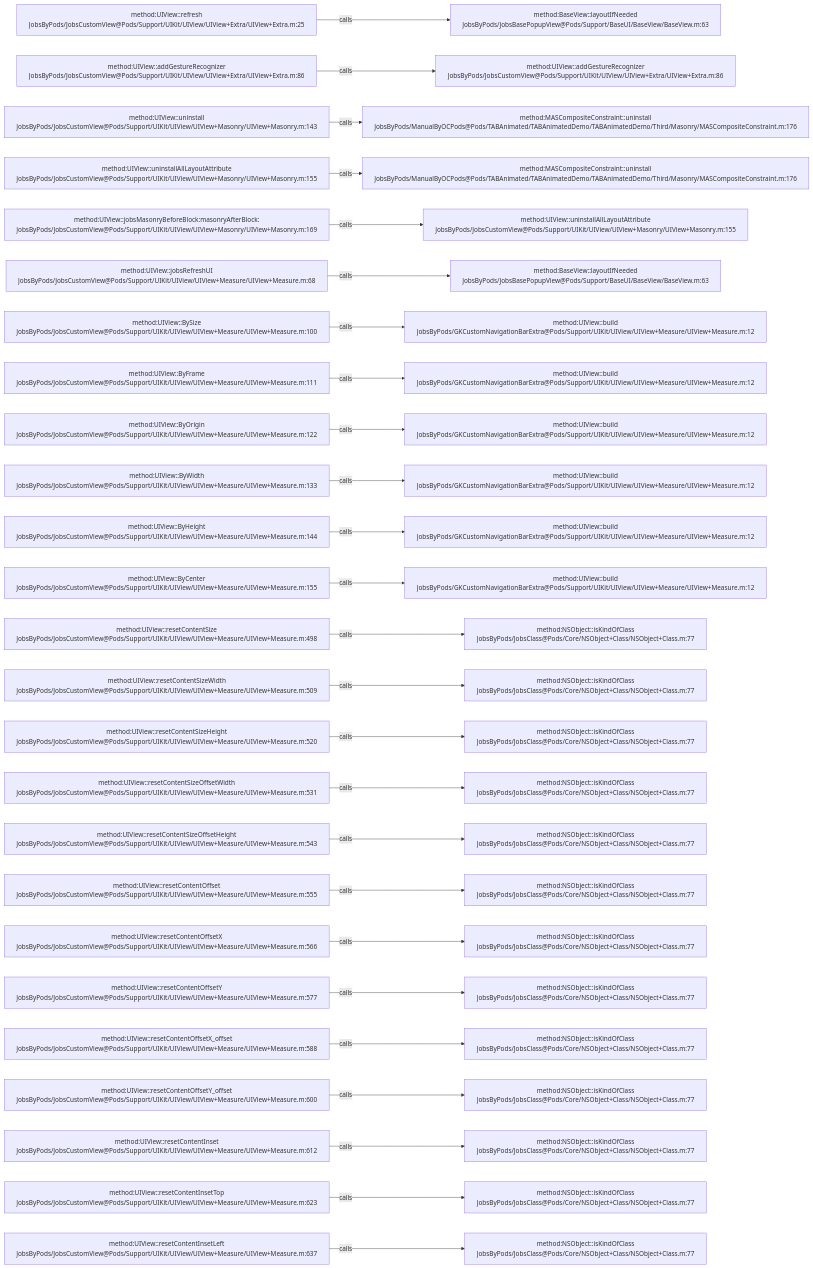
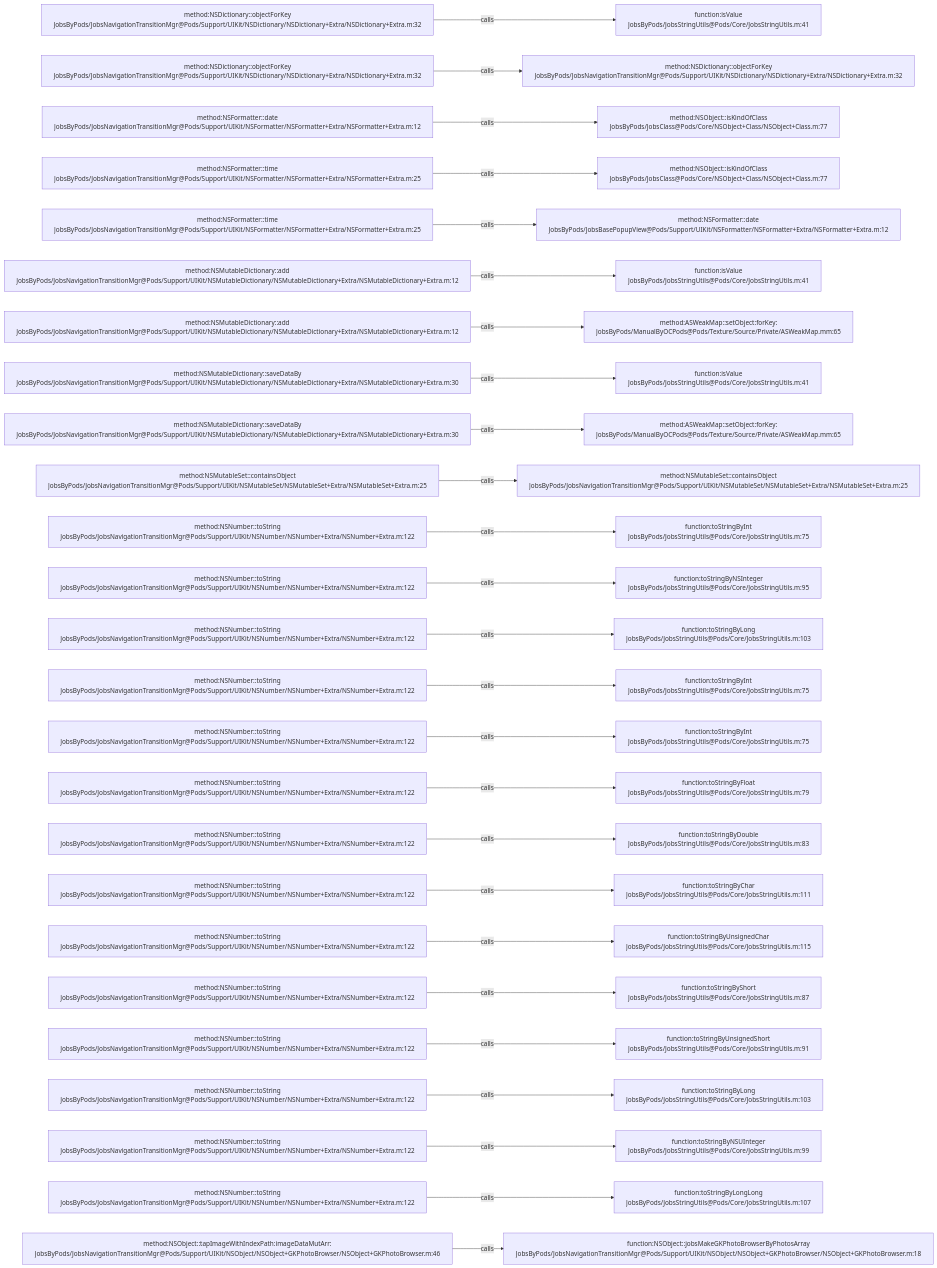
The diagram in .codegraph/codegraph.md/graphs/calls-086.md (JobsKits/JobsOCBaseConfigDemo), drawn with Mermaid before and after one commit. The commit also changed 573 other files, not shown here.

````diff
--- a/.codegraph/codegraph.md/graphs/calls-086.md
+++ b/.codegraph/codegraph.md/graphs/calls-086.md
@@ -13,78 +13,78 @@
 ```mermaid
 flowchart LR
-  S1["method:UIView::refresh<br/>JobsByPods/JobsCustomView@Pods/Support/UIKit/UIView/UIView+Extra/UIView+Extra.m:25"]
-  T1["method:BaseView::layoutIfNeeded<br/>JobsByPods/JobsBasePopupView@Pods/Support/BaseUI/BaseView/BaseView.m:63"]
+  S1["method:NSDictionary::objectForKey<br/>JobsByPods/JobsNavigationTransitionMgr@Pods/Support/UIKit/NSDictionary/NSDictionary+Extra/NSDictionary+Extra.m:32"]
+  T1["function:isValue<br/>JobsByPods/JobsStringUtils@Pods/Core/JobsStringUtils.m:41"]
   S1 -->|calls| T1
-  S2["method:UIView::addGestureRecognizer<br/>JobsByPods/JobsCustomView@Pods/Support/UIKit/UIView/UIView+Extra/UIView+Extra.m:86"]
-  T2["method:UIView::addGestureRecognizer<br/>JobsByPods/JobsCustomView@Pods/Support/UIKit/UIView/UIView+Extra/UIView+Extra.m:86"]
+  S2["method:NSDictionary::objectForKey<br/>JobsByPods/JobsNavigationTransitionMgr@Pods/Support/UIKit/NSDictionary/NSDictionary+Extra/NSDictionary+Extra.m:32"]
+  T2["method:NSDictionary::objectForKey<br/>JobsByPods/JobsNavigationTransitionMgr@Pods/Support/UIKit/NSDictionary/NSDictionary+Extra/NSDictionary+Extra.m:32"]
   S2 -->|calls| T2
-  S3["method:UIView::uninstall<br/>JobsByPods/JobsCustomView@Pods/Support/UIKit/UIView/UIView+Masonry/UIView+Masonry.m:143"]
-  T3["method:MASCompositeConstraint::uninstall<br/>JobsByPods/ManualByOCPods@Pods/TABAnimated/TABAnimatedDemo/TABAnimatedDemo/Third/Masonry/MASCompositeConstraint.m:176"]
+  S3["method:NSFormatter::date<br/>JobsByPods/JobsNavigationTransitionMgr@Pods/Support/UIKit/NSFormatter/NSFormatter+Extra/NSFormatter+Extra.m:12"]
+  T3["method:NSObject::isKindOfClass<br/>JobsByPods/JobsClass@Pods/Core/NSObject+Class/NSObject+Class.m:77"]
   S3 -->|calls| T3
-  S4["method:UIView::uninstallAllLayoutAttribute<br/>JobsByPods/JobsCustomView@Pods/Support/UIKit/UIView/UIView+Masonry/UIView+Masonry.m:155"]
-  T4["method:MASCompositeConstraint::uninstall<br/>JobsByPods/ManualByOCPods@Pods/TABAnimated/TABAnimatedDemo/TABAnimatedDemo/Third/Masonry/MASCompositeConstraint.m:176"]
+  S4["method:NSFormatter::time<br/>JobsByPods/JobsNavigationTransitionMgr@Pods/Support/UIKit/NSFormatter/NSFormatter+Extra/NSFormatter+Extra.m:25"]
+  T4["method:NSObject::isKindOfClass<br/>JobsByPods/JobsClass@Pods/Core/NSObject+Class/NSObject+Class.m:77"]
   S4 -->|calls| T4
-  S5["method:UIView::jobsMasonryBeforeBlock:masonryAfterBlock:<br/>JobsByPods/JobsCustomView@Pods/Support/UIKit/UIView/UIView+Masonry/UIView+Masonry.m:169"]
-  T5["method:UIView::uninstallAllLayoutAttribute<br/>JobsByPods/JobsCustomView@Pods/Support/UIKit/UIView/UIView+Masonry/UIView+Masonry.m:155"]
+  S5["method:NSFormatter::time<br/>JobsByPods/JobsNavigationTransitionMgr@Pods/Support/UIKit/NSFormatter/NSFormatter+Extra/NSFormatter+Extra.m:25"]
+  T5["method:NSFormatter::date<br/>JobsByPods/JobsBasePopupView@Pods/Support/UIKit/NSFormatter/NSFormatter+Extra/NSFormatter+Extra.m:12"]
   S5 -->|calls| T5
-  S6["method:UIView::jobsRefreshUI<br/>JobsByPods/JobsCustomView@Pods/Support/UIKit/UIView/UIView+Measure/UIView+Measure.m:68"]
-  T6["method:BaseView::layoutIfNeeded<br/>JobsByPods/JobsBasePopupView@Pods/Support/BaseUI/BaseView/BaseView.m:63"]
+  S6["method:NSMutableDictionary::add<br/>JobsByPods/JobsNavigationTransitionMgr@Pods/Support/UIKit/NSMutableDictionary/NSMutableDictionary+Extra/NSMutableDictionary+Extra.m:12"]
+  T6["function:isValue<br/>JobsByPods/JobsStringUtils@Pods/Core/JobsStringUtils.m:41"]
   S6 -->|calls| T6
-  S7["method:UIView::BySize<br/>JobsByPods/JobsCustomView@Pods/Support/UIKit/UIView/UIView+Measure/UIView+Measure.m:100"]
-  T7["method:UIView::build<br/>JobsByPods/GKCustomNavigationBarExtra@Pods/Support/UIKit/UIView/UIView+Measure/UIView+Measure.m:12"]
+  S7["method:NSMutableDictionary::add<br/>JobsByPods/JobsNavigationTransitionMgr@Pods/Support/UIKit/NSMutableDictionary/NSMutableDictionary+Extra/NSMutableDictionary+Extra.m:12"]
+  T7["method:ASWeakMap::setObject:forKey:<br/>JobsByPods/ManualByOCPods@Pods/Texture/Source/Private/ASWeakMap.mm:65"]
   S7 -->|calls| T7
-  S8["method:UIView::ByFrame<br/>JobsByPods/JobsCustomView@Pods/Support/UIKit/UIView/UIView+Measure/UIView+Measure.m:111"]
-  T8["method:UIView::build<br/>JobsByPods/GKCustomNavigationBarExtra@Pods/Support/UIKit/UIView/UIView+Measure/UIView+Measure.m:12"]
+  S8["method:NSMutableDictionary::saveDataBy<br/>JobsByPods/JobsNavigationTransitionMgr@Pods/Support/UIKit/NSMutableDictionary/NSMutableDictionary+Extra/NSMutableDictionary+Extra.m:30"]
+  T8["function:isValue<br/>JobsByPods/JobsStringUtils@Pods/Core/JobsStringUtils.m:41"]
   S8 -->|calls| T8
-  S9["method:UIView::ByOrigin<br/>JobsByPods/JobsCustomView@Pods/Support/UIKit/UIView/UIView+Measure/UIView+Measure.m:122"]
-  T9["method:UIView::build<br/>JobsByPods/GKCustomNavigationBarExtra@Pods/Support/UIKit/UIView/UIView+Measure/UIView+Measure.m:12"]
+  S9["method:NSMutableDictionary::saveDataBy<br/>JobsByPods/JobsNavigationTransitionMgr@Pods/Support/UIKit/NSMutableDictionary/NSMutableDictionary+Extra/NSMutableDictionary+Extra.m:30"]
+  T9["method:ASWeakMap::setObject:forKey:<br/>JobsByPods/ManualByOCPods@Pods/Texture/Source/Private/ASWeakMap.mm:65"]
   S9 -->|calls| T9
-  S10["method:UIView::ByWidth<br/>JobsByPods/JobsCustomView@Pods/Support/UIKit/UIView/UIView+Measure/UIView+Measure.m:133"]
-  T10["method:UIView::build<br/>JobsByPods/GKCustomNavigationBarExtra@Pods/Support/UIKit/UIView/UIView+Measure/UIView+Measure.m:12"]
+  S10["method:NSMutableSet::containsObject<br/>JobsByPods/JobsNavigationTransitionMgr@Pods/Support/UIKit/NSMutableSet/NSMutableSet+Extra/NSMutableSet+Extra.m:25"]
+  T10["method:NSMutableSet::containsObject<br/>JobsByPods/JobsNavigationTransitionMgr@Pods/Support/UIKit/NSMutableSet/NSMutableSet+Extra/NSMutableSet+Extra.m:25"]
   S10 -->|calls| T10
-  S11["method:UIView::ByHeight<br/>JobsByPods/JobsCustomView@Pods/Support/UIKit/UIView/UIView+Measure/UIView+Measure.m:144"]
-  T11["method:UIView::build<br/>JobsByPods/GKCustomNavigationBarExtra@Pods/Support/UIKit/UIView/UIView+Measure/UIView+Measure.m:12"]
+  S11["method:NSNumber::toString<br/>JobsByPods/JobsNavigationTransitionMgr@Pods/Support/UIKit/NSNumber/NSNumber+Extra/NSNumber+Extra.m:122"]
+  T11["function:toStringByInt<br/>JobsByPods/JobsStringUtils@Pods/Core/JobsStringUtils.m:75"]
   S11 -->|calls| T11
-  S12["method:UIView::ByCenter<br/>JobsByPods/JobsCustomView@Pods/Support/UIKit/UIView/UIView+Measure/UIView+Measure.m:155"]
-  T12["method:UIView::build<br/>JobsByPods/GKCustomNavigationBarExtra@Pods/Support/UIKit/UIView/UIView+Measure/UIView+Measure.m:12"]
+  S12["method:NSNumber::toString<br/>JobsByPods/JobsNavigationTransitionMgr@Pods/Support/UIKit/NSNumber/NSNumber+Extra/NSNumber+Extra.m:122"]
+  T12["function:toStringByNSInteger<br/>JobsByPods/JobsStringUtils@Pods/Core/JobsStringUtils.m:95"]
   S12 -->|calls| T12
-  S13["method:UIView::resetContentSize<br/>JobsByPods/JobsCustomView@Pods/Support/UIKit/UIView/UIView+Measure/UIView+Measure.m:498"]
-  T13["method:NSObject::isKindOfClass<br/>JobsByPods/JobsClass@Pods/Core/NSObject+Class/NSObject+Class.m:77"]
+  S13["method:NSNumber::toString<br/>JobsByPods/JobsNavigationTransitionMgr@Pods/Support/UIKit/NSNumber/NSNumber+Extra/NSNumber+Extra.m:122"]
+  T13["function:toStringByLong<br/>JobsByPods/JobsStringUtils@Pods/Core/JobsStringUtils.m:103"]
   S13 -->|calls| T13
-  S14["method:UIView::resetContentSizeWidth<br/>JobsByPods/JobsCustomView@Pods/Support/UIKit/UIView/UIView+Measure/UIView+Measure.m:509"]
-  T14["method:NSObject::isKindOfClass<br/>JobsByPods/JobsClass@Pods/Core/NSObject+Class/NSObject+Class.m:77"]
+  S14["method:NSNumber::toString<br/>JobsByPods/JobsNavigationTransitionMgr@Pods/Support/UIKit/NSNumber/NSNumber+Extra/NSNumber+Extra.m:122"]
+  T14["function:toStringByInt<br/>JobsByPods/JobsStringUtils@Pods/Core/JobsStringUtils.m:75"]
   S14 -->|calls| T14
-  S15["method:UIView::resetContentSizeHeight<br/>JobsByPods/JobsCustomView@Pods/Support/UIKit/UIView/UIView+Measure/UIView+Measure.m:520"]
-  T15["method:NSObject::isKindOfClass<br/>JobsByPods/JobsClass@Pods/Core/NSObject+Class/NSObject+Class.m:77"]
+  S15["method:NSNumber::toString<br/>JobsByPods/JobsNavigationTransitionMgr@Pods/Support/UIKit/NSNumber/NSNumber+Extra/NSNumber+Extra.m:122"]
+  T15["function:toStringByInt<br/>JobsByPods/JobsStringUtils@Pods/Core/JobsStringUtils.m:75"]
   S15 -->|calls| T15
-  S16["method:UIView::resetContentSizeOffsetWidth<br/>JobsByPods/JobsCustomView@Pods/Support/UIKit/UIView/UIView+Measure/UIView+Measure.m:531"]
-  T16["method:NSObject::isKindOfClass<br/>JobsByPods/JobsClass@Pods/Core/NSObject+Class/NSObject+Class.m:77"]
+  S16["method:NSNumber::toString<br/>JobsByPods/JobsNavigationTransitionMgr@Pods/Support/UIKit/NSNumber/NSNumber+Extra/NSNumber+Extra.m:122"]
+  T16["function:toStringByFloat<br/>JobsByPods/JobsStringUtils@Pods/Core/JobsStringUtils.m:79"]
   S16 -->|calls| T16
-  S17["method:UIView::resetContentSizeOffsetHeight<br/>JobsByPods/JobsCustomView@Pods/Support/UIKit/UIView/UIView+Measure/UIView+Measure.m:543"]
-  T17["method:NSObject::isKindOfClass<br/>JobsByPods/JobsClass@Pods/Core/NSObject+Class/NSObject+Class.m:77"]
+  S17["method:NSNumber::toString<br/>JobsByPods/JobsNavigationTransitionMgr@Pods/Support/UIKit/NSNumber/NSNumber+Extra/NSNumber+Extra.m:122"]
+  T17["function:toStringByDouble<br/>JobsByPods/JobsStringUtils@Pods/Core/JobsStringUtils.m:83"]
   S17 -->|calls| T17
-  S18["method:UIView::resetContentOffset<br/>JobsByPods/JobsCustomView@Pods/Support/UIKit/UIView/UIView+Measure/UIView+Measure.m:555"]
-  T18["method:NSObject::isKindOfClass<br/>JobsByPods/JobsClass@Pods/Core/NSObject+Class/NSObject+Class.m:77"]
+  S18["method:NSNumber::toString<br/>JobsByPods/JobsNavigationTransitionMgr@Pods/Support/UIKit/NSNumber/NSNumber+Extra/NSNumber+Extra.m:122"]
+  T18["function:toStringByChar<br/>JobsByPods/JobsStringUtils@Pods/Core/JobsStringUtils.m:111"]
   S18 -->|calls| T18
-  S19["method:UIView::resetContentOffsetX<br/>JobsByPods/JobsCustomView@Pods/Support/UIKit/UIView/UIView+Measure/UIView+Measure.m:566"]
-  T19["method:NSObject::isKindOfClass<br/>JobsByPods/JobsClass@Pods/Core/NSObject+Class/NSObject+Class.m:77"]
+  S19["method:NSNumber::toString<br/>JobsByPods/JobsNavigationTransitionMgr@Pods/Support/UIKit/NSNumber/NSNumber+Extra/NSNumber+Extra.m:122"]
+  T19["function:toStringByUnsignedChar<br/>JobsByPods/JobsStringUtils@Pods/Core/JobsStringUtils.m:115"]
   S19 -->|calls| T19
-  S20["method:UIView::resetContentOffsetY<br/>JobsByPods/JobsCustomView@Pods/Support/UIKit/UIView/UIView+Measure/UIView+Measure.m:577"]
-  T20["method:NSObject::isKindOfClass<br/>JobsByPods/JobsClass@Pods/Core/NSObject+Class/NSObject+Class.m:77"]
+  S20["method:NSNumber::toString<br/>JobsByPods/JobsNavigationTransitionMgr@Pods/Support/UIKit/NSNumber/NSNumber+Extra/NSNumber+Extra.m:122"]
+  T20["function:toStringByShort<br/>JobsByPods/JobsStringUtils@Pods/Core/JobsStringUtils.m:87"]
   S20 -->|calls| T20
-  S21["method:UIView::resetContentOffsetX_offset<br/>JobsByPods/JobsCustomView@Pods/Support/UIKit/UIView/UIView+Measure/UIView+Measure.m:588"]
-  T21["method:NSObject::isKindOfClass<br/>JobsByPods/JobsClass@Pods/Core/NSObject+Class/NSObject+Class.m:77"]
+  S21["method:NSNumber::toString<br/>JobsByPods/JobsNavigationTransitionMgr@Pods/Support/UIKit/NSNumber/NSNumber+Extra/NSNumber+Extra.m:122"]
+  T21["function:toStringByUnsignedShort<br/>JobsByPods/JobsStringUtils@Pods/Core/JobsStringUtils.m:91"]
   S21 -->|calls| T21
-  S22["method:UIView::resetContentOffsetY_offset<br/>JobsByPods/JobsCustomView@Pods/Support/UIKit/UIView/UIView+Measure/UIView+Measure.m:600"]
-  T22["method:NSObject::isKindOfClass<br/>JobsByPods/JobsClass@Pods/Core/NSObject+Class/NSObject+Class.m:77"]
+  S22["method:NSNumber::toString<br/>JobsByPods/JobsNavigationTransitionMgr@Pods/Support/UIKit/NSNumber/NSNumber+Extra/NSNumber+Extra.m:122"]
+  T22["function:toStringByLong<br/>JobsByPods/JobsStringUtils@Pods/Core/JobsStringUtils.m:103"]
   S22 -->|calls| T22
-  S23["method:UIView::resetContentInset<br/>JobsByPods/JobsCustomView@Pods/Support/UIKit/UIView/UIView+Measure/UIView+Measure.m:612"]
-  T23["method:NSObject::isKindOfClass<br/>JobsByPods/JobsClass@Pods/Core/NSObject+Class/NSObject+Class.m:77"]
+  S23["method:NSNumber::toString<br/>JobsByPods/JobsNavigationTransitionMgr@Pods/Support/UIKit/NSNumber/NSNumber+Extra/NSNumber+Extra.m:122"]
+  T23["function:toStringByNSUInteger<br/>JobsByPods/JobsStringUtils@Pods/Core/JobsStringUtils.m:99"]
   S23 -->|calls| T23
-  S24["method:UIView::resetContentInsetTop<br/>JobsByPods/JobsCustomView@Pods/Support/UIKit/UIView/UIView+Measure/UIView+Measure.m:623"]
-  T24["method:NSObject::isKindOfClass<br/>JobsByPods/JobsClass@Pods/Core/NSObject+Class/NSObject+Class.m:77"]
+  S24["method:NSNumber::toString<br/>JobsByPods/JobsNavigationTransitionMgr@Pods/Support/UIKit/NSNumber/NSNumber+Extra/NSNumber+Extra.m:122"]
+  T24["function:toStringByLongLong<br/>JobsByPods/JobsStringUtils@Pods/Core/JobsStringUtils.m:107"]
   S24 -->|calls| T24
-  S25["method:UIView::resetContentInsetLeft<br/>JobsByPods/JobsCustomView@Pods/Support/UIKit/UIView/UIView+Measure/UIView+Measure.m:637"]
-  T25["method:NSObject::isKindOfClass<br/>JobsByPods/JobsClass@Pods/Core/NSObject+Class/NSObject+Class.m:77"]
+  S25["method:NSObject::tapImageWithIndexPath:imageDataMutArr:<br/>JobsByPods/JobsNavigationTransitionMgr@Pods/Support/UIKit/NSObject/NSObject+GKPhotoBrowser/NSObject+GKPhotoBrowser.m:46"]
+  T25["function:NSObject::jobsMakeGKPhotoBrowserByPhotosArray<br/>JobsByPods/JobsNavigationTransitionMgr@Pods/Support/UIKit/NSObject/NSObject+GKPhotoBrowser/NSObject+GKPhotoBrowser.m:18"]
   S25 -->|calls| T25
 ```
````
